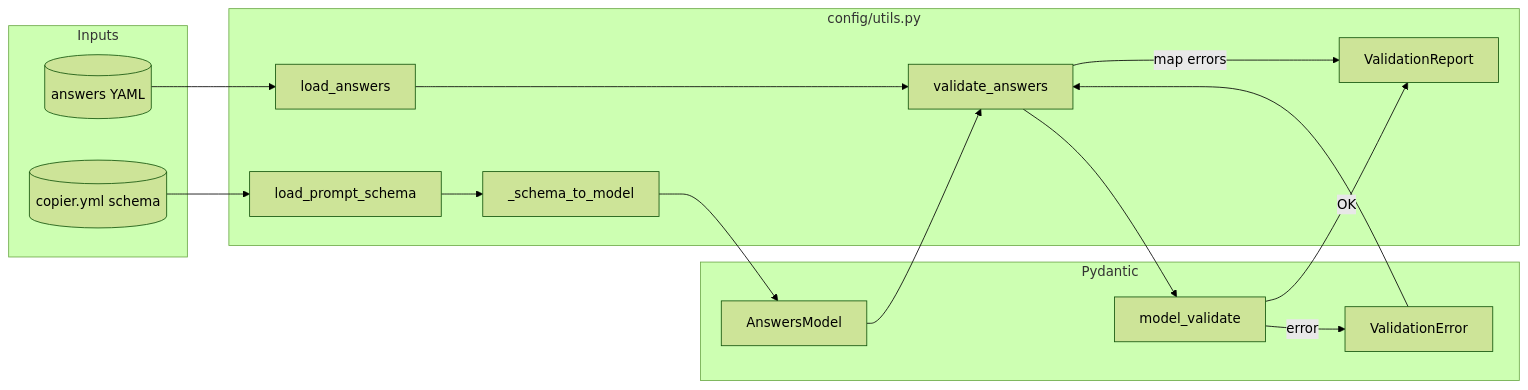
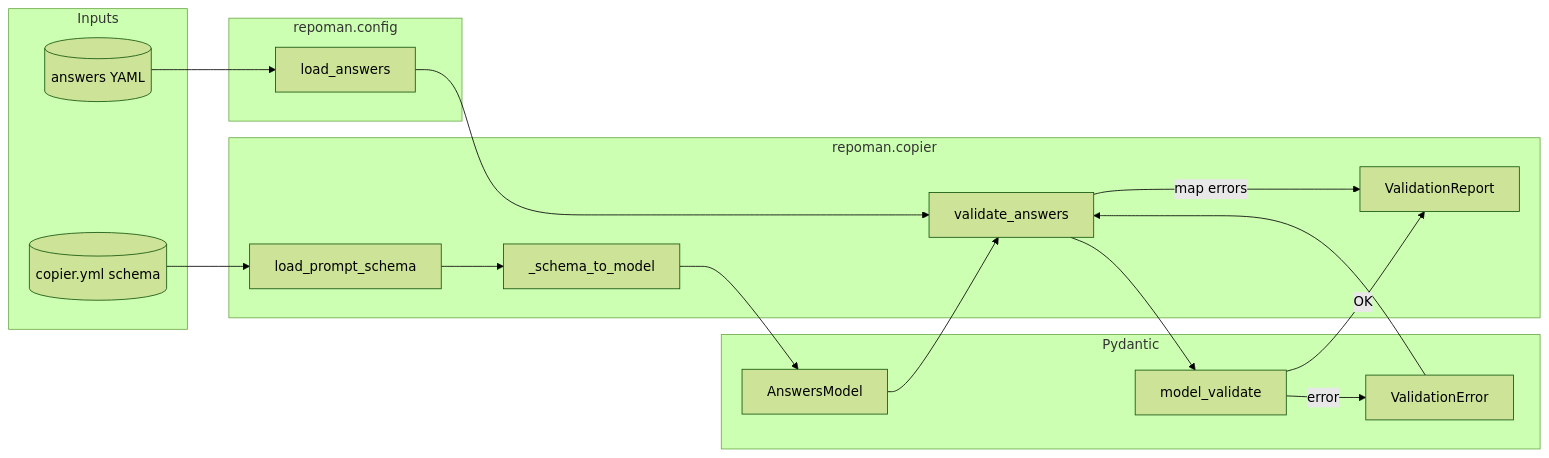
One commit to lalmei/repoman changed the diagram in docs/development/config-validation.md. Above: the diagram before and after it, drawn with Mermaid (forest theme). The commit also changed other lines of this file and 13 other files, not shown here.

First line of the commit message:
docs/create-config-architecture (#72)

````diff
--- a/docs/development/config-validation.md
+++ b/docs/development/config-validation.md
@@ -7,30 +7,32 @@
 ```mermaid
 flowchart LR
   subgraph inputs [Inputs]
     schema[(copier.yml schema)]
     answers[(answers YAML)]
   end
-  subgraph config [config/utils.py]
+  subgraph repoman_copier [repoman.copier]
     load_schema[load_prompt_schema]
-    load_ans[load_answers]
     schema_to_model[_schema_to_model]
     validate[validate_answers]
     report[ValidationReport]
+  end
+  subgraph repoman_config [repoman.config]
+    load_ans[load_answers]
   end
   subgraph pydantic [Pydantic]
     model[AnswersModel]
     validate_py[model_validate]
     err[ValidationError]
   end
   schema --> load_schema
   load_schema --> schema_to_model
   schema_to_model --> model
   answers --> load_ans
   load_ans --> validate
   model --> validate
   validate --> validate_py
   validate_py -->|OK| report
   validate_py -->|error| err
   err --> validate
   validate -->|map errors| report
 ```
````
